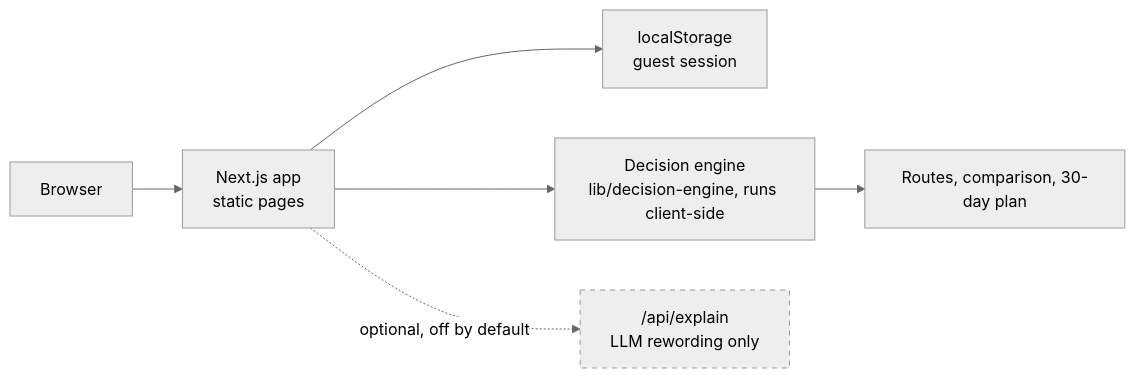
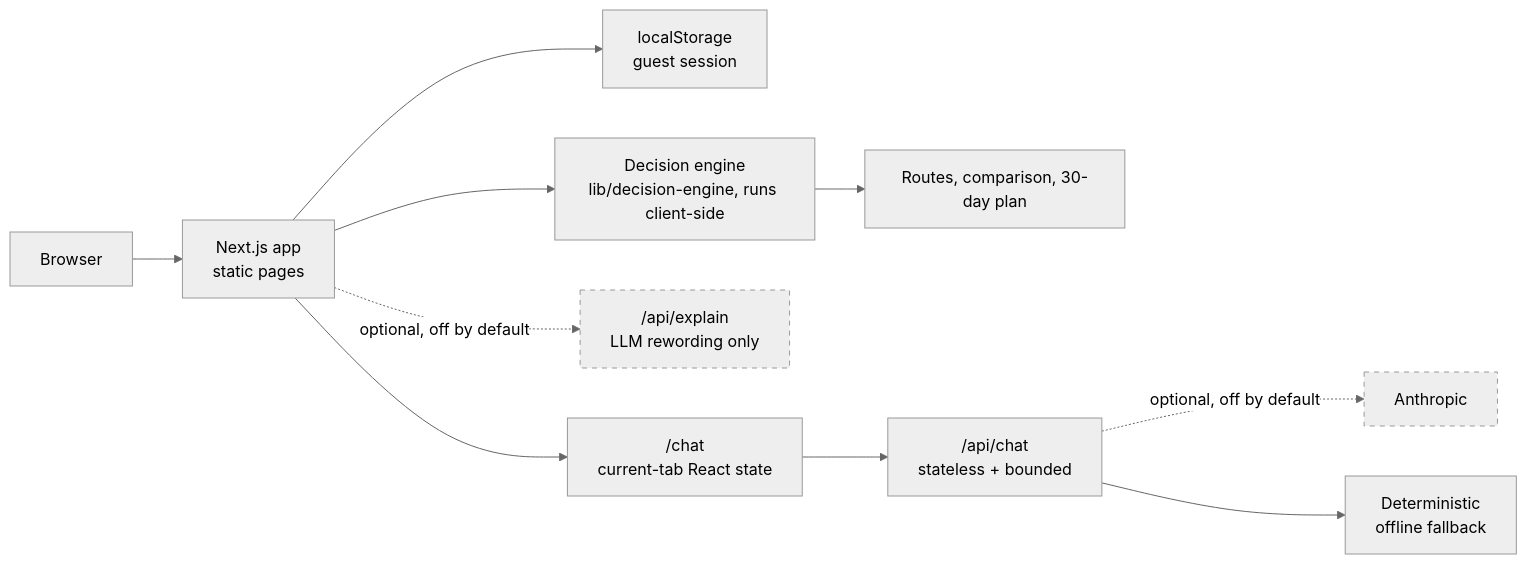
The first of 6 diagrams in 03_WebApp/Pre_Present/docs/05-system-architecture.md (Pongkarm/Future_Me), drawn with Mermaid (neutral theme) before and after one commit. The commit also changed other lines of this file and 260 other files, not shown here.

````diff
--- a/03_WebApp/Pre_Present/docs/05-system-architecture.md
+++ b/03_WebApp/Pre_Present/docs/05-system-architecture.md
@@ -16,10 +16,15 @@
 ```mermaid
 flowchart LR
     A["Browser"] --> B["Next.js app<br/>static pages"]
     B --> C["localStorage<br/>guest session"]
     B --> D["Decision engine<br/>lib/decision-engine, runs client-side"]
     D --> E["Routes, comparison, 30-day plan"]
     B -.->|"optional, off by default"| F["/api/explain<br/>LLM rewording only"]
+    B --> G["/chat<br/>current-tab React state"]
+    G --> H["/api/chat<br/>stateless + bounded"]
+    H -.->|"optional, off by default"| I["Anthropic"]
+    H --> J["Deterministic<br/>offline fallback"]
 
     style F stroke-dasharray: 5 5
+    style I stroke-dasharray: 5 5
 ```
````
